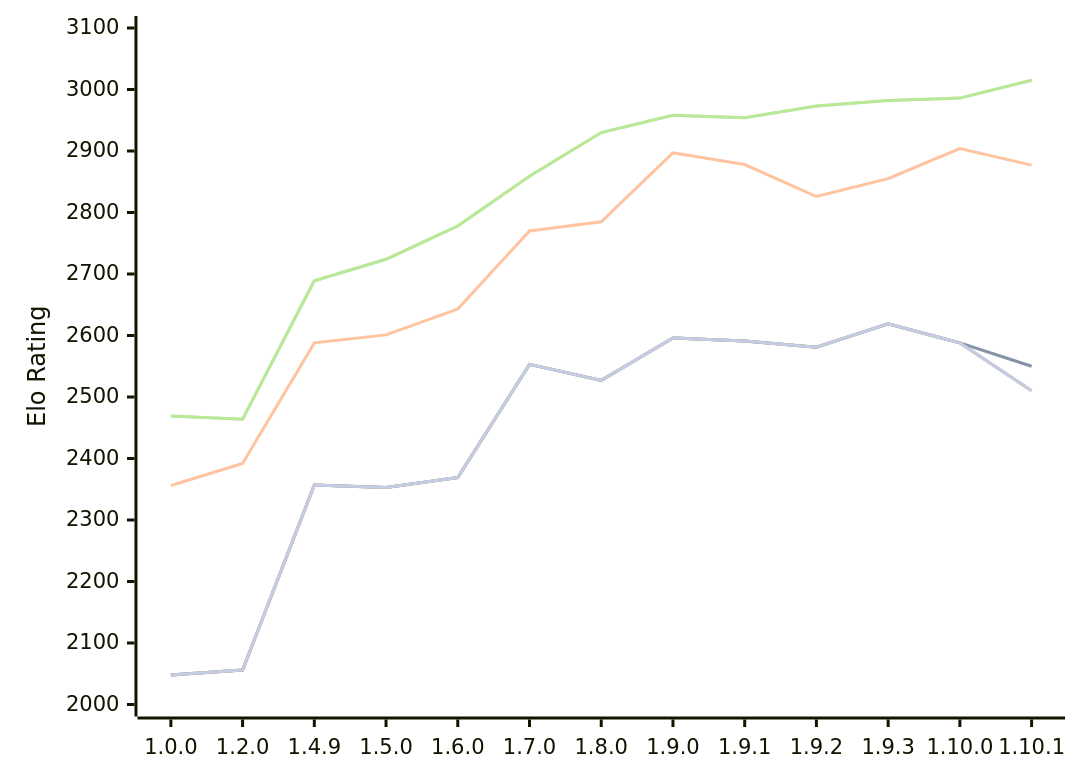
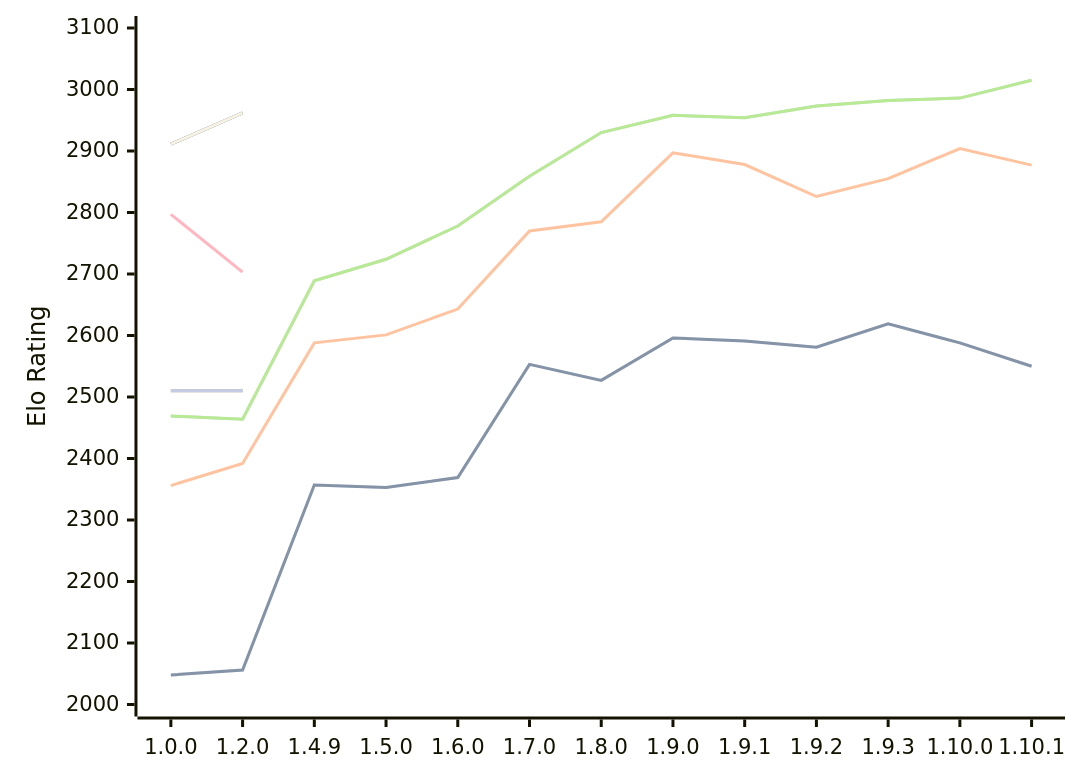
Before and after one commit to computer-chess-index/cci: the diagram in engines/Basilisk.md, drawn with Mermaid. The commit also changed other lines of this file, not shown here.

Commit message:
Update CCI Ratings (ELO VLTC) - 2026-10-11

````diff
--- a/engines/Basilisk.md
+++ b/engines/Basilisk.md
@@ -60,13 +60,16 @@
 ```mermaid
 %%{init: {"theme":"base","themeVariables":{"seriesColors:['#a3a3a3','#222221','#faa371']}}}%%
 xychart-beta
   x-axis ["1.0.0", "1.2.0", "1.4.9", "1.5.0", "1.6.0", "1.7.0", "1.8.0", "1.9.0", "1.9.1", "1.9.2", "1.9.3", "1.10.0", "1.10.1"]
   y-axis "Elo Rating" 2000 --> 3100
   line "" [2048, 2056, 2357, 2353, 2369, 2553, 2527, 2596, 2591, 2581, 2619, 2588, 2550]
   line "T1: STC (8.0+0.08s)" [2048, 2056, 2357, 2353, 2369, 2553, 2527, 2596, 2591, 2581, 2619, 2588, 2550]
   line "T1: LTC (60.0+0.60s)" [2356, 2392, 2588, 2601, 2643, 2770, 2785, 2897, 2878, 2826, 2855, 2904, 2877]
   line "" [2469, 2464, 2689, 2724, 2778, 2859, 2930, 2958, 2954, 2973, 2982, 2986, 3015]
   line "T1: VLTC (2m24s+1.12s)" [2469, 2464, 2689, 2724, 2778, 2859, 2930, 2958, 2954, 2973, 2982, 2986, 3015]
-  line "" [2048, 2056, 2357, 2353, 2369, 2553, 2527, 2596, 2591, 2581, 2619, 2588,2510, 2510]
-  line "E1: STC (8.0+0.08s)" [2048, 2056, 2357, 2353, 2369, 2553, 2527, 2596, 2591, 2581, 2619, 2588,2510, 2510]
+  line "" [2510, 2510]
+  line "E1: STC (8.0+0.08s)" [2510, 2510]
+  line "E1: LTC (60.0+0.60s)" [2797, 2703]
+  line "" [2911, 2962]
+  line "E1: VLTC (2m24s+1.12s)" [2911, 2962]
 ```
````
